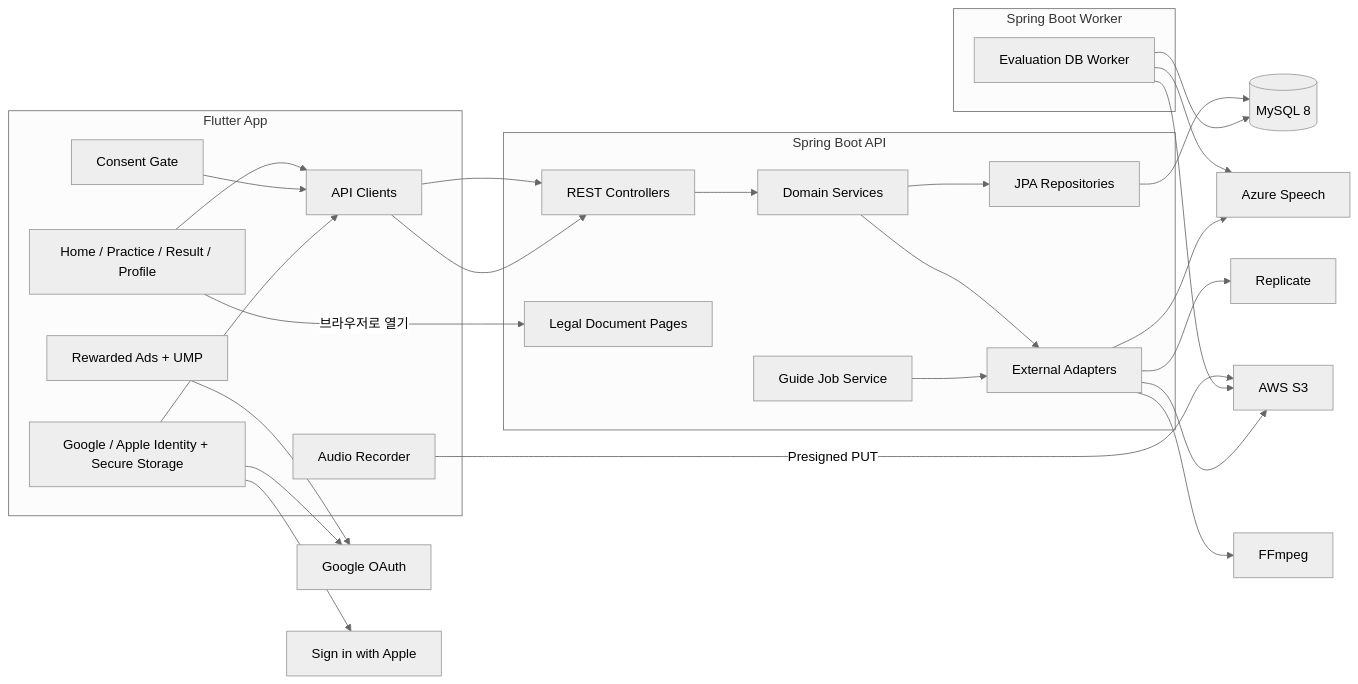
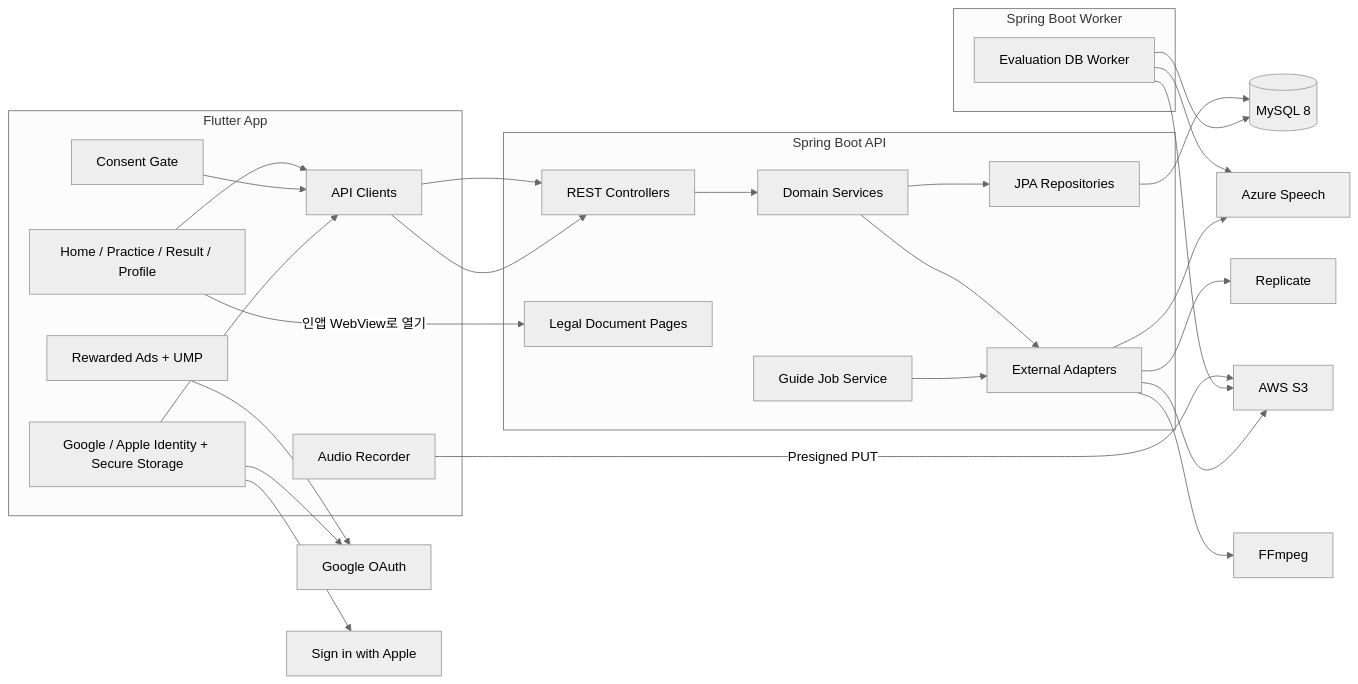
Before and after one commit to byeok99/LingKo: the diagram in docs/architecture/system-architecture.md, drawn with Mermaid (neutral theme). The commit also changed 23 other files, not shown here.

````diff
--- a/docs/architecture/system-architecture.md
+++ b/docs/architecture/system-architecture.md
@@ -5,51 +5,51 @@
 ```mermaid
 flowchart LR
     subgraph Mobile[Flutter App]
       UI[Home / Practice / Result / Profile]
       CONSENT[Consent Gate]
       API[API Clients]
       AUTH[Google / Apple Identity + Secure Storage]
       REC[Audio Recorder]
       ADS[Rewarded Ads + UMP]
     end
 
     subgraph APIBackend[Spring Boot API]
       CTRL[REST Controllers]
       LEGAL[Legal Document Pages]
       DOM[Domain Services]
       JPA[JPA Repositories]
       JOB[Guide Job Service]
       EXT[External Adapters]
     end
 
     subgraph WorkerBackend[Spring Boot Worker]
       EJOB[Evaluation DB Worker]
     end
 
     DB[(MySQL 8)]
     GOOGLE[Google OAuth]
     APPLE[Sign in with Apple]
     AZURE[Azure Speech]
     REP[Replicate]
     S3[AWS S3]
     FFMPEG[FFmpeg]
 
     UI --> API --> CTRL --> DOM --> JPA --> DB
     CONSENT --> API
-    UI -->|브라우저로 열기| LEGAL
+    UI -->|인앱 WebView로 열기| LEGAL
     ADS --> GOOGLE
     AUTH --> GOOGLE
     AUTH --> APPLE
     AUTH --> API
     REC -->|Presigned PUT| S3
     API --> CTRL
     EJOB --> DB
     EJOB --> S3
     EJOB --> AZURE
     DOM --> EXT
     JOB --> EXT
     EXT --> AZURE
     EXT --> REP
     EXT --> S3
     EXT --> FFMPEG
 ```
````
